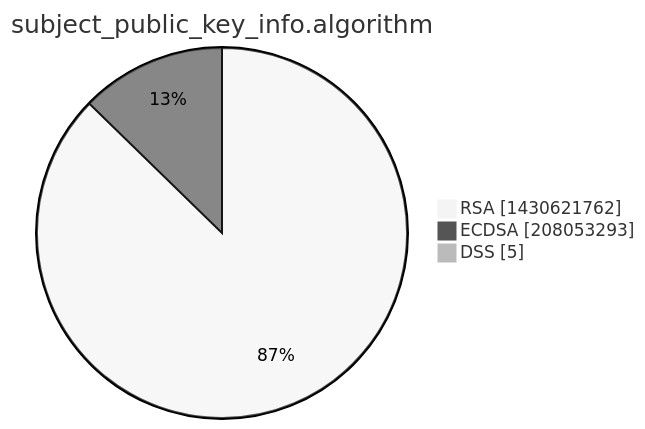
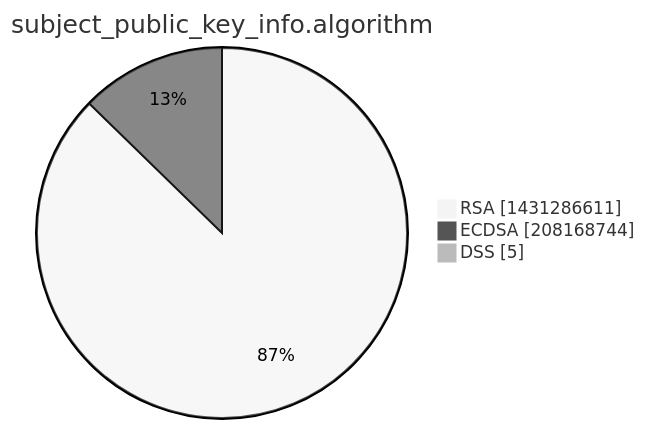
The third of 15 diagrams in xenon2022/README.md (christiankrug/ctmonitor_visualization), drawn with Mermaid (neutral theme) before and after one commit. The commit also changed other lines of this file, not shown here.

````diff
--- a/xenon2022/README.md
+++ b/xenon2022/README.md
@@ -14,7 +14,7 @@
 ```mermaid
 pie showData
 title subject_public_key_info.algorithm
-"RSA" :1430621762
-"ECDSA" :208053293
+"RSA" :1431286611
+"ECDSA" :208168744
 "DSS" :5
 ```
````
